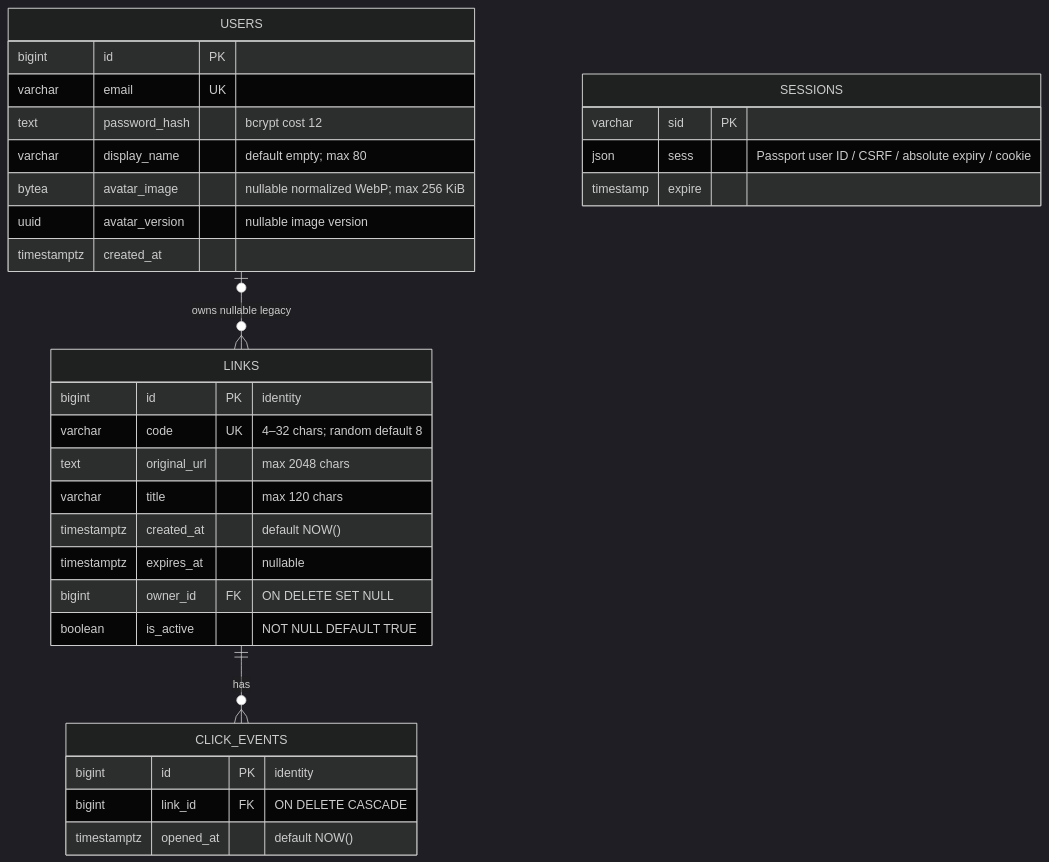
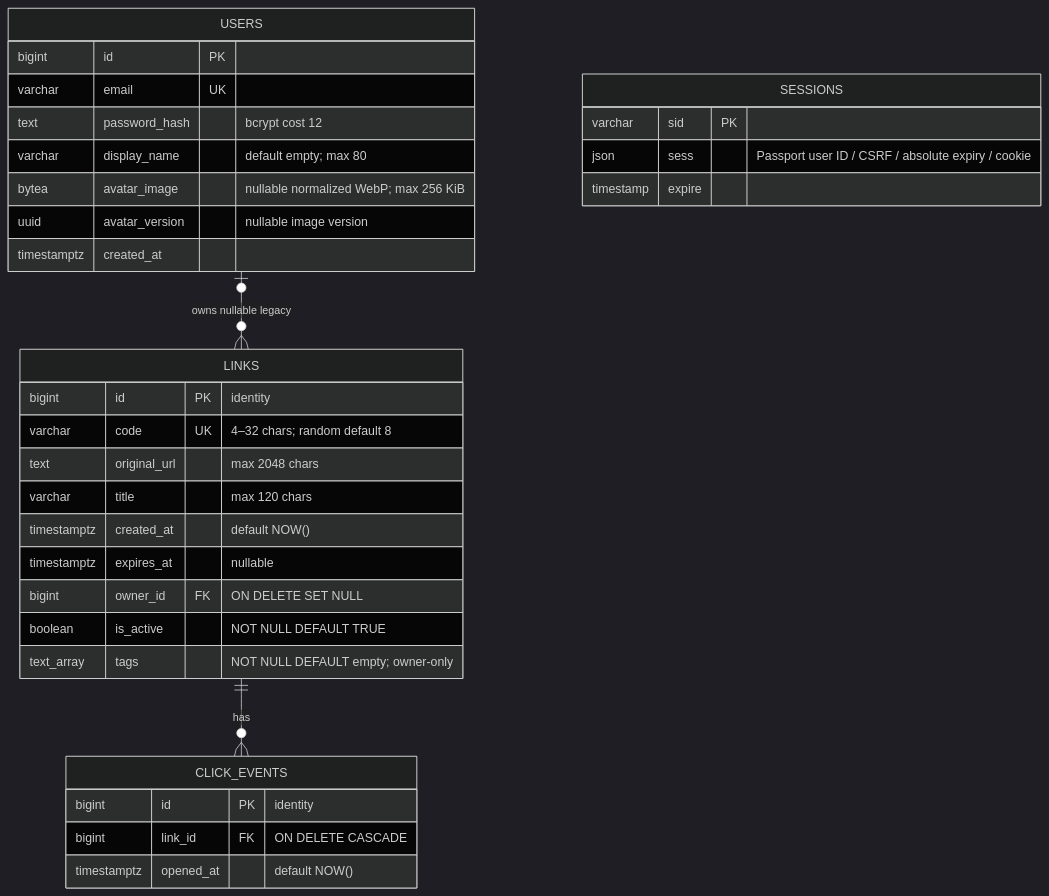
Before and after one commit to nicky-wrc/short-url-system: the fourth of 6 diagrams in docs/DIAGRAMS.md, drawn with Mermaid (dark theme). The commit also changed other lines of this file and 25 other files, not shown here.

````diff
--- a/docs/DIAGRAMS.md
+++ b/docs/DIAGRAMS.md
@@ -107,34 +107,35 @@
 ```mermaid
 erDiagram
     USERS o|--o{ LINKS : "owns nullable legacy"
     LINKS ||--o{ CLICK_EVENTS : "has"
     LINKS {
         bigint id PK "identity"
         varchar code UK "4–32 chars; random default 8"
         text original_url "max 2048 chars"
         varchar title "max 120 chars"
         timestamptz created_at "default NOW()"
         timestamptz expires_at "nullable"
         bigint owner_id FK "ON DELETE SET NULL"
         boolean is_active "NOT NULL DEFAULT TRUE"
+        text_array tags "NOT NULL DEFAULT empty; owner-only"
     }
     CLICK_EVENTS {
         bigint id PK "identity"
         bigint link_id FK "ON DELETE CASCADE"
         timestamptz opened_at "default NOW()"
     }
     USERS {
         bigint id PK
         varchar email UK
         text password_hash "bcrypt cost 12"
         varchar display_name "default empty; max 80"
         bytea avatar_image "nullable normalized WebP; max 256 KiB"
         uuid avatar_version "nullable image version"
         timestamptz created_at
     }
     SESSIONS {
         varchar sid PK
         json sess "Passport user ID / CSRF / absolute expiry / cookie"
         timestamp expire
     }
 ```
````
